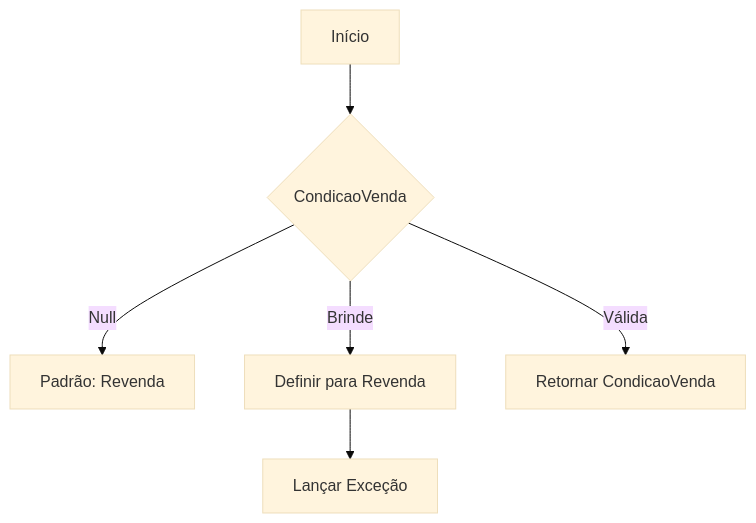
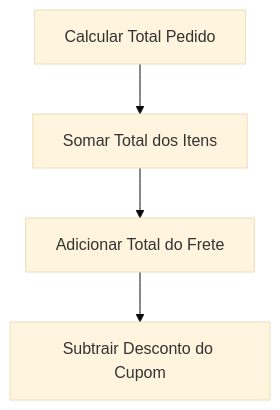
Before and after one commit to IsthmusSistemas/documentacao-tecnica: the first of 2 diagrams in docs/b2b-dominio/IsthmusWinthor.Nucleo/IsthmusWinthor.Dominio/POCO/Carrinho/CarrinhoCompras.md, drawn with Mermaid (base theme). The commit also changed other lines of this file and 882 other files, not shown here.

````diff
--- a/docs/b2b-dominio/IsthmusWinthor.Nucleo/IsthmusWinthor.Dominio/POCO/Carrinho/CarrinhoCompras.md
+++ b/docs/b2b-dominio/IsthmusWinthor.Nucleo/IsthmusWinthor.Dominio/POCO/Carrinho/CarrinhoCompras.md
@@ -26,8 +40,8 @@
 ```mermaid
 flowchart TD
-    A[Início] --> B{CondicaoVenda}
-    B -->|Null| C[Padrão: Revenda]
-    B -->|Brinde| D[Definir para Revenda]
-    D --> E[Lançar Exceção]
-    B -->|Válida| F[Retornar CondicaoVenda]
+    A[Calcular Total Pedido]
+    B[Somar Total dos Itens]
+    C[Adicionar Total do Frete]
+    D[Subtrair Desconto do Cupom]
+    A --> B --> C --> D
 ```
````
